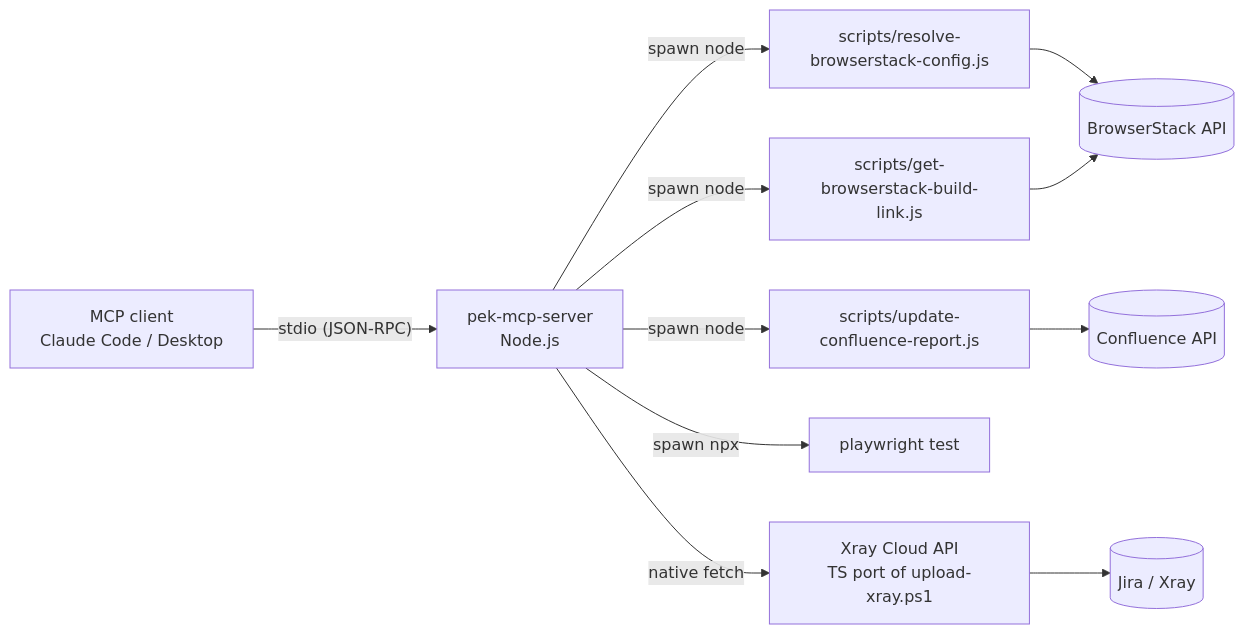
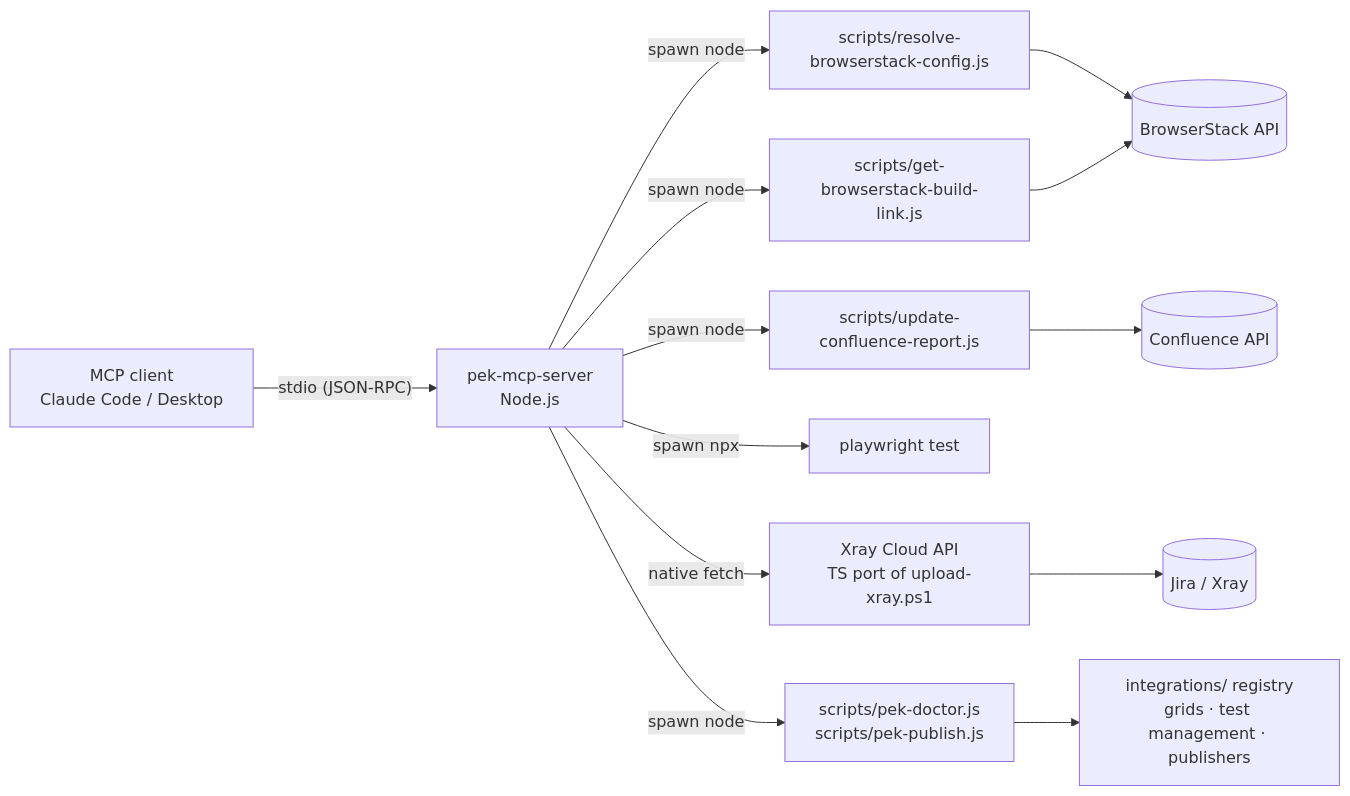
The first of 2 diagrams in docs/mcp-server-user-guide.md (AlexThibaud1976/playwright-enterprise-kit), drawn with Mermaid before and after one commit. The commit also changed other lines of this file and 54 other files, not shown here.

````diff
--- a/docs/mcp-server-user-guide.md
+++ b/docs/mcp-server-user-guide.md
@@ -53,12 +55,14 @@
 ```mermaid
 flowchart LR
     A[MCP client<br/>Claude Code / Desktop] -- "stdio (JSON-RPC)" --> B[pek-mcp-server<br/>Node.js]
     B -- "spawn node" --> C[scripts/resolve-browserstack-config.js]
     B -- "spawn node" --> D[scripts/get-browserstack-build-link.js]
     B -- "spawn node" --> E[scripts/update-confluence-report.js]
     B -- "spawn npx" --> F[playwright test]
     B -- "native fetch" --> G[Xray Cloud API<br/>TS port of upload-xray.ps1]
+    B -- "spawn node" --> K[scripts/pek-doctor.js<br/>scripts/pek-publish.js]
+    K --> L[integrations/ registry<br/>grids · test management · publishers]
     C & D --> H[(BrowserStack API)]
     E --> I[(Confluence API)]
     G --> J[(Jira / Xray)]
 ```
````
